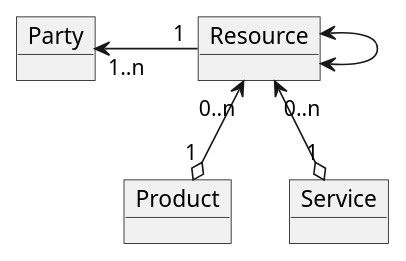
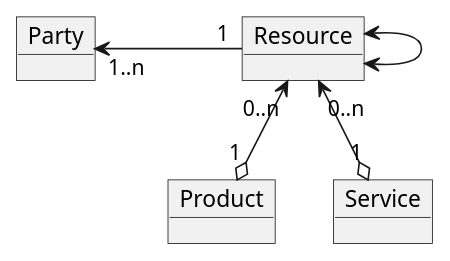
The ninth of 18 diagrams in doc/PSI/PSI-TAD/terms.md (psi-consortium/psi), drawn with PlantUML before and after one commit. The commit also changed other lines of this file and 926 other files, not shown here.

````diff
--- a/doc/PSI/PSI-TAD/terms.md
+++ b/doc/PSI/PSI-TAD/terms.md
@@ -339,13 +369,13 @@
 ```plantuml
 @startuml
 object Product
 object Service
 object Resource
 object Party
 
 Product "1" o-u-> "0..n" Resource
 Service "1" o-u-> "0..n" Resource
 Resource <--> Resource
-Resource "1" -l-> "1..n" Party : "\t"
+Resource "1" -l-> "1..n" Party : "\t\t"
 @enduml
 ```
````
